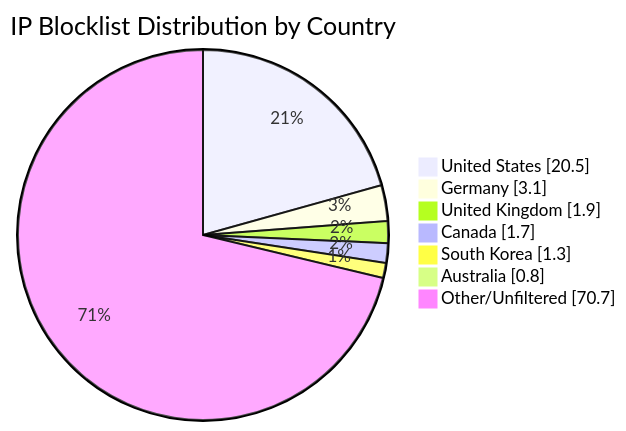
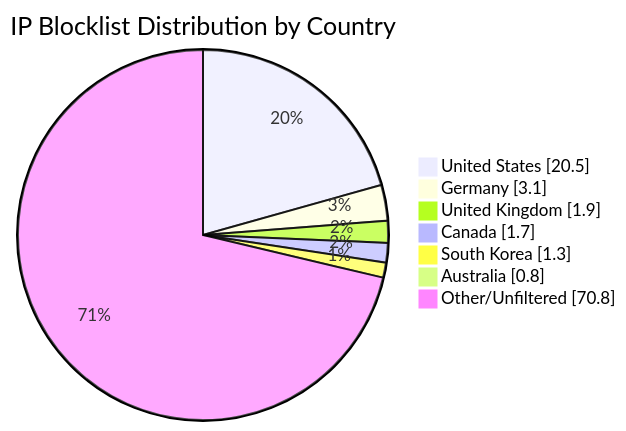
The diagram in README.md (MarcusHoltz/ipblocklist-geofiltered-aggregator), drawn with Mermaid before and after one commit. The commit also changed other lines of this file and 9 other files, not shown here.

````diff
--- a/README.md
+++ b/README.md
@@ -34,10 +34,10 @@
 ```mermaid
 pie showData title IP Blocklist Distribution by Country
 "United States" : 20.5
 "Germany" : 3.1
 "United Kingdom" : 1.9
 "Canada" : 1.7
 "South Korea" : 1.3
 "Australia" : 0.8
-"Other/Unfiltered" : 70.7
+"Other/Unfiltered" : 70.8
 ```
````
